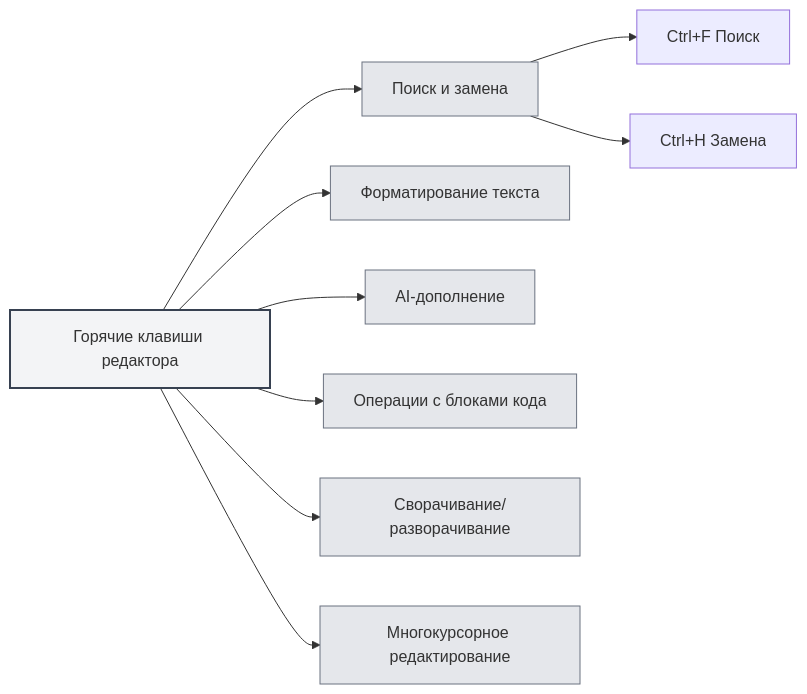
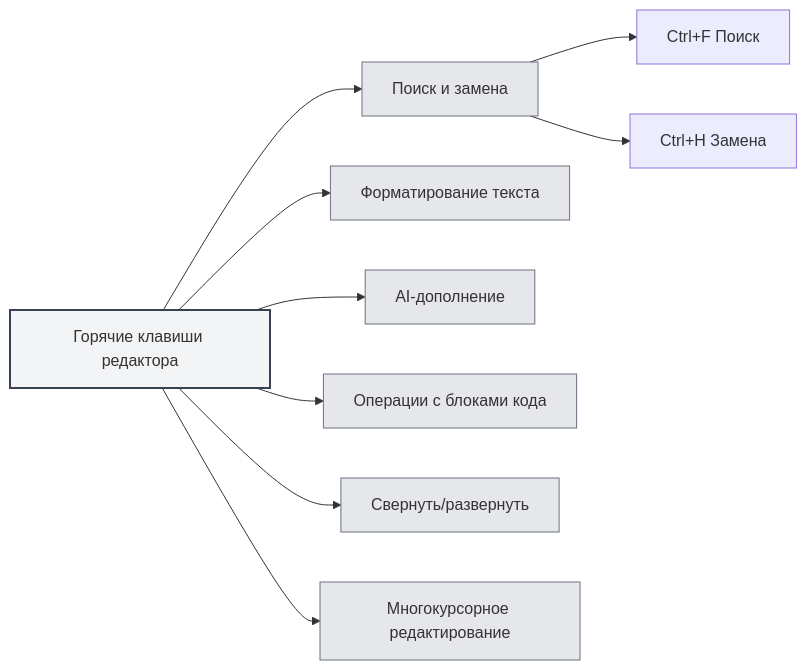
One commit to JaredYe04/MetaDoc changed the diagram in meta-doc/src/renderer/src/manuals/ru_RU/shortcuts/editor.md. Above: the diagram before and after it, drawn with Mermaid. The commit also changed other lines of this file and 35 other files, not shown here.

````diff
--- a/meta-doc/src/renderer/src/manuals/ru_RU/shortcuts/editor.md
+++ b/meta-doc/src/renderer/src/manuals/ru_RU/shortcuts/editor.md
@@ -27,18 +27,18 @@
 ```mermaid
 graph LR
     A[Горячие клавиши редактора] --> B[Поиск и замена]
     A --> C[Форматирование текста]
     A --> D[AI-дополнение]
     A --> E[Операции с блоками кода]
-    A --> F[Сворачивание/разворачивание]
+    A --> F[Свернуть/развернуть]
     A --> G[Многокурсорное редактирование]
     B --> H[Ctrl+F Поиск]
     B --> I[Ctrl+H Замена]
     style A fill:#f3f4f6,stroke:#374151,stroke-width:2px
     style B fill:#e5e7eb,stroke:#6b7280
     style C fill:#e5e7eb,stroke:#6b7280
     style D fill:#e5e7eb,stroke:#6b7280
     style E fill:#e5e7eb,stroke:#6b7280
     style F fill:#e5e7eb,stroke:#6b7280
     style G fill:#e5e7eb,stroke:#6b7280
 ```
````
